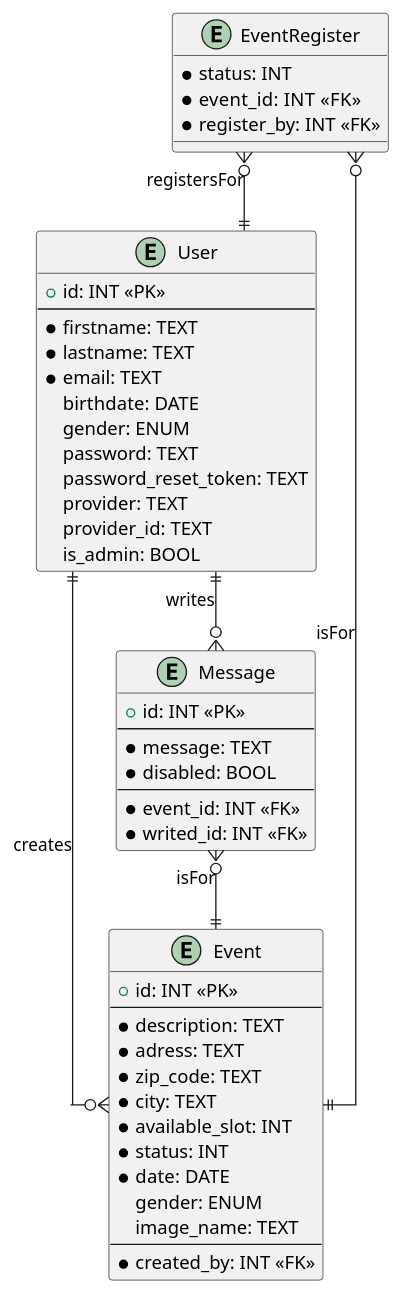
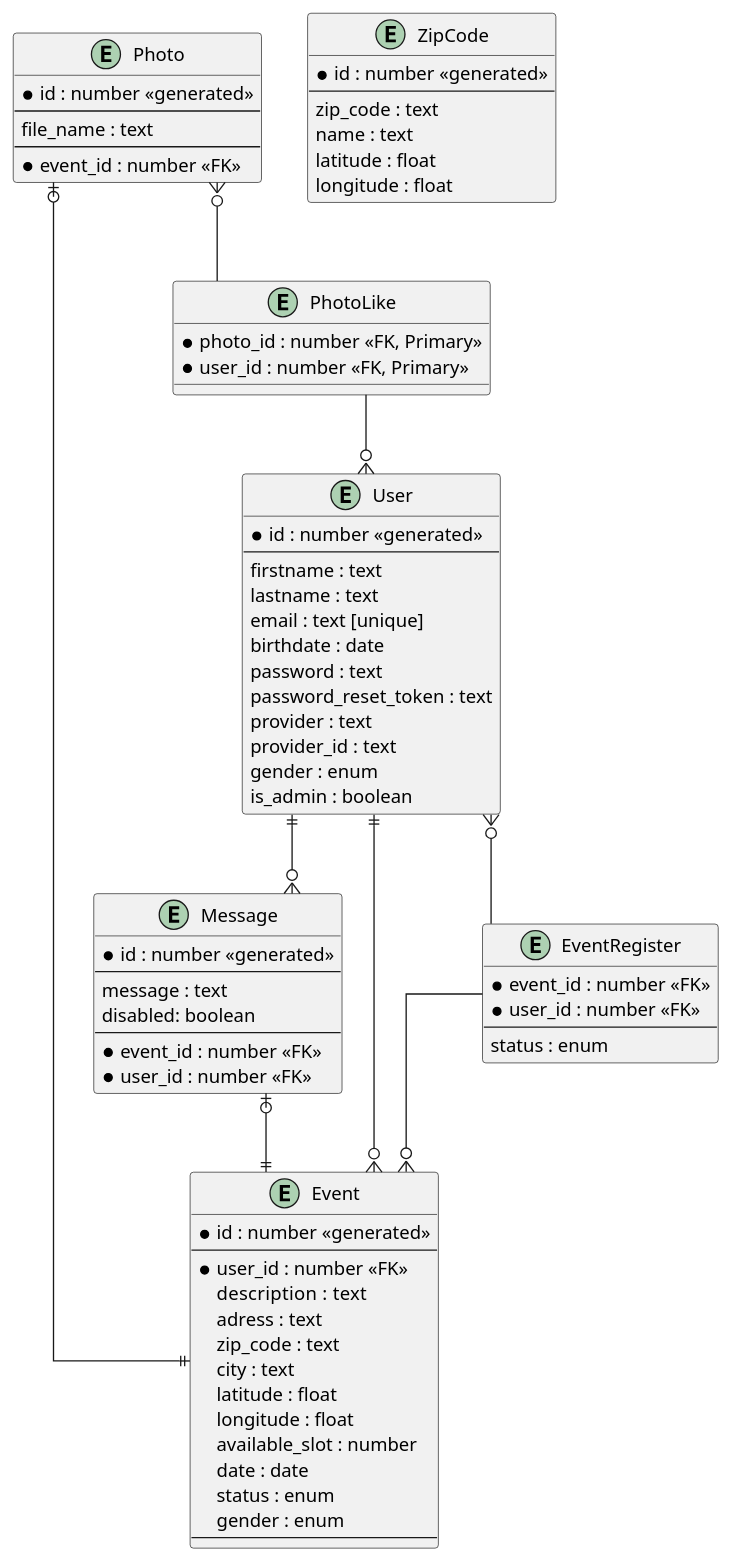
Before and after one commit to Roxanne2904/oraclette-back: the diagram in documents/entity-relationship/entity-relationship.puml, drawn with PlantUML. The commit also changed 73 other files, not shown here.

```diff
--- a/documents/entity-relationship/entity-relationship.puml
+++ b/documents/entity-relationship/entity-relationship.puml
@@ -1,60 +1,89 @@
-@startuml entity-relationship
+@startuml
+' hide the spot
+' hide circle
 
-top to bottom direction
+' avoid problems with angled crows feet
 skinparam linetype ortho
 
-entity User {
-  + id: INT <<PK>>
+entity "User" as user {
+  *id : number <<generated>>
   --
-  * firstname: TEXT
-  * lastname: TEXT
-  * email: TEXT
-  birthdate: DATE
-  gender: ENUM
-  password: TEXT
-  password_reset_token: TEXT
-  provider: TEXT
-  provider_id: TEXT
-  is_admin: BOOL
+  firstname : text
+  lastname : text
+  email : text [unique]
+  birthdate : date
+  password : text
+  password_reset_token : text
+  provider : text
+  provider_id : text
+  gender : enum
+  is_admin : boolean
 }
 
-entity Event {
-  + id: INT <<PK>>
+entity "Message" as message {
+  *id : number <<generated>>
   --
-  * description: TEXT
-  * adress: TEXT
-  * zip_code: TEXT
-  * city: TEXT
-  * available_slot: INT
-  * status: INT
-  * date: DATE
-  gender: ENUM
-  image_name: TEXT
+  message : text
+  disabled: boolean
   --
-  * created_by: INT <<FK>>
+  *event_id : number <<FK>>
+  *user_id : number <<FK>>
 }
 
-entity EventRegister {
-  * status: INT
-  * event_id: INT  <<FK>>
-  * register_by: INT <<FK>>
+entity "Photo" as photo {
+  *id : number <<generated>>
+  --
+  file_name : text
+  --
+  *event_id : number <<FK>>
 }
 
-entity Message {
-  + id: INT <<PK>>
+entity "Event" as event {
+  *id : number <<generated>>
   --
-  * message: TEXT
-  * disabled: BOOL
+  *user_id : number <<FK>>
+  description  : text
+  adress : text
+  zip_code : text
+  city : text
+  latitude : float
+  longitude : float
+  available_slot : number
+  date : date
+  status : enum
+  gender : enum
   --
-  * event_id: INT <<FK>>
-  * writed_id: INT <<FK>>
 }
 
-User ||--o{ Event: creates
 
-User ||--o{ Message: writes
-Message }o--|| Event: isFor
+entity "ZipCode" as zipcode {
+  *id : number <<generated>>
+  --
+  zip_code : text
+  name : text
+  latitude : float
+  longitude : float
+}
 
-EventRegister }o--|| User: registersFor
-EventRegister }o--|| Event: isFor
+entity "EventRegister" as eventRegister {
+  *event_id : number <<FK>>
+  *user_id : number <<FK>>
+  --
+  status : enum
+}
+
+entity "PhotoLike" as photoLike {
+  *photo_id : number <<FK, Primary>>
+  *user_id : number <<FK, Primary>>
+}
+
+
+user ||--o{ message
+user ||--o{ event
+user }o-- eventRegister
+eventRegister --o{ event
+message |o--|| event
+photo |o--|| event
+photo }o-- photoLike
+photoLike --o{ user
 @enduml
```
